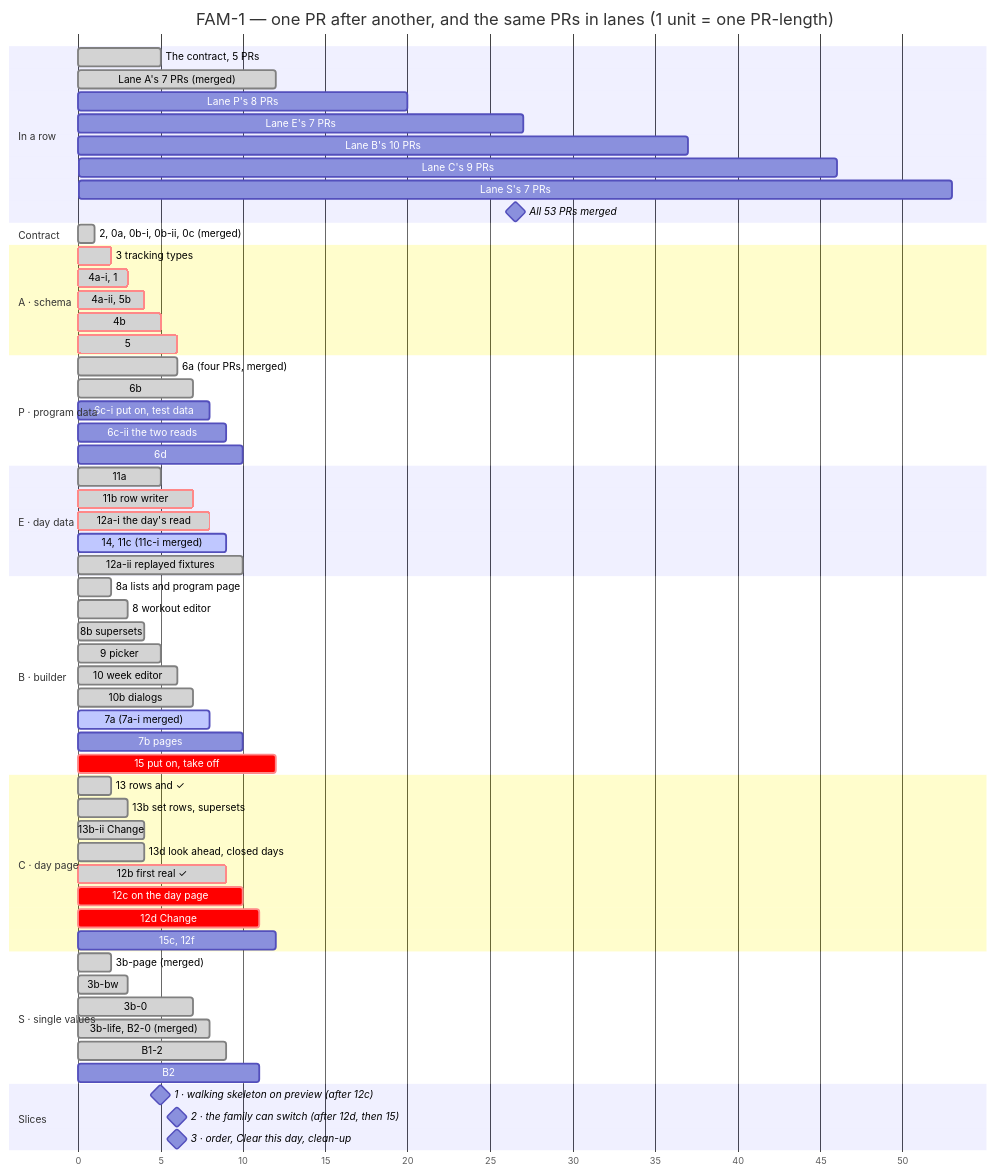
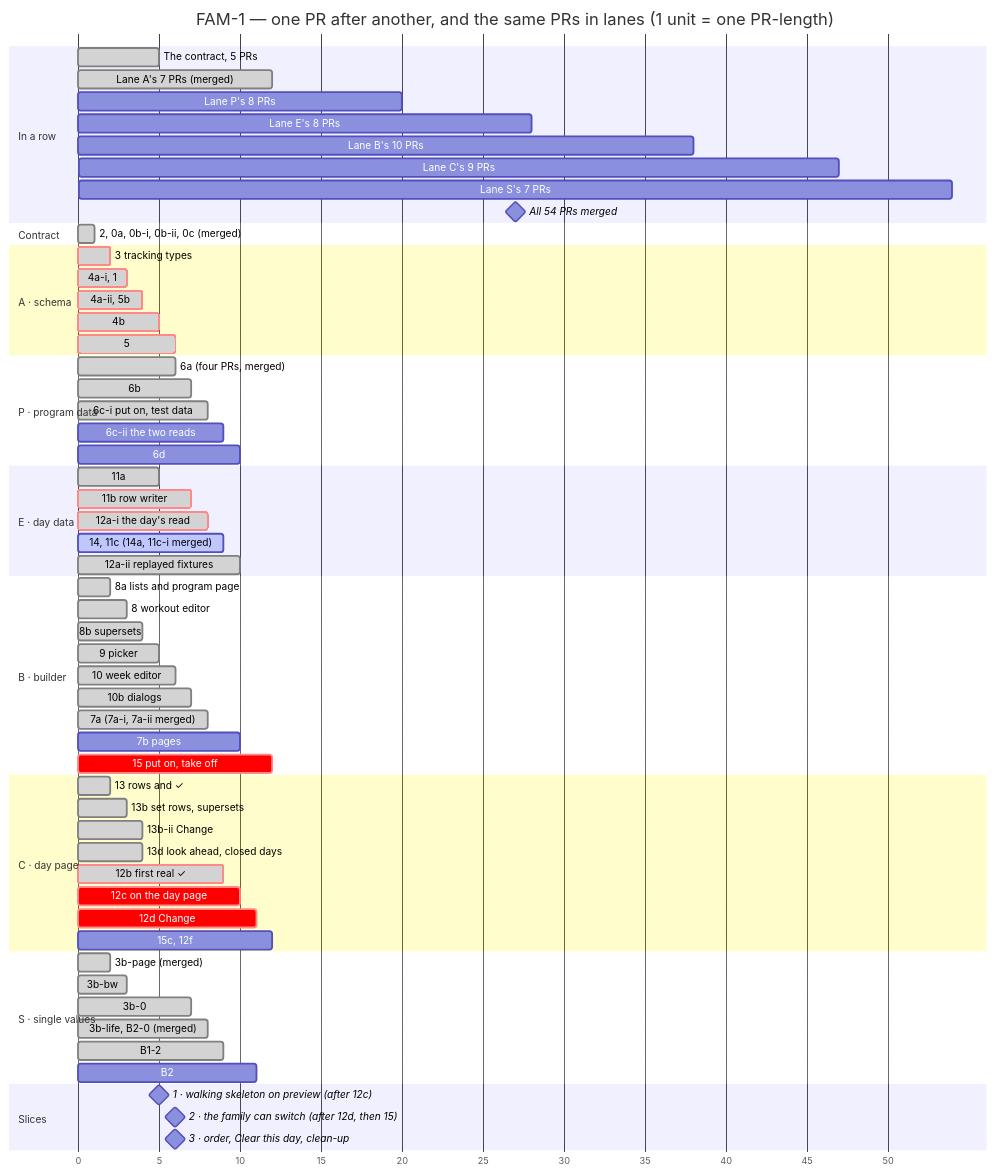
The second of 2 diagrams in docs/milestones/fam-1-family-program.md (ralamode/mat-plan), drawn with Mermaid before and after one commit. The commit also changed other lines of this file and 2 other files, not shown here.

````diff
--- a/docs/milestones/fam-1-family-program.md
+++ b/docs/milestones/fam-1-family-program.md
@@ -260,75 +260,75 @@
 ```mermaid
 gantt
   title FAM-1 — one PR after another, and the same PRs in lanes (1 unit = one PR-length)
   dateFormat X
   axisFormat %s
   todayMarker off
 
   section In a row
   The contract, 5 PRs          :done, r0, 0, 5
   Lane A's 7 PRs (merged)      :done, r1, 5, 12
   Lane P's 8 PRs               :r2, 12, 20
-  Lane E's 7 PRs               :r3, 20, 27
-  Lane B's 10 PRs              :r4, 27, 37
-  Lane C's 9 PRs               :r5, 37, 46
-  Lane S's 7 PRs               :r6, 46, 53
-  All 53 PRs merged            :milestone, rm, 53, 53
+  Lane E's 8 PRs               :r3, 20, 28
+  Lane B's 10 PRs              :r4, 28, 38
+  Lane C's 9 PRs               :r5, 38, 47
+  Lane S's 7 PRs               :r6, 47, 54
+  All 54 PRs merged            :milestone, rm, 54, 54
 
   section Contract
   2, 0a, 0b-i, 0b-ii, 0c (merged) :done, c0, 0, 1
 
   section A · schema
   3 tracking types             :crit, done, a1, 1, 2
   4a-i, 1                      :crit, done, a2, 2, 3
   4a-ii, 5b                    :crit, done, a3, 3, 4
   4b                           :crit, done, a4, 4, 5
   5                            :crit, done, a5, 5, 6
 
   section P · program data
   6a (four PRs, merged)        :done, p1, 5, 6
   6b                           :done, p2, 6, 7
-  6c-i put on, test data       :p3, 7, 8
+  6c-i put on, test data       :done, p3, 7, 8
   6c-ii the two reads          :p3b, 8, 9
   6d                           :p4, 9, 10
 
   section E · day data
   11a                          :done, e1, 4, 5
   11b row writer               :crit, done, e2, 5, 7
   12a-i the day's read         :crit, done, e3, 7, 8
-  14, 11c (11c-i merged)       :active, e4, 8, 9
+  14, 11c (14a, 11c-i merged)  :active, e4, 8, 9
   12a-ii replayed fixtures     :done, e5, 9, 10
 
   section B · builder
   8a lists and program page    :done, b1, 1, 2
   8 workout editor             :done, b2, 2, 3
   8b supersets                 :done, b3, 3, 4
   9 picker                     :done, b4, 4, 5
   10 week editor               :done, b5, 5, 6
   10b dialogs                  :done, b6, 6, 7
-  7a (7a-i merged)             :active, b7, 7, 8
+  7a (7a-i, 7a-ii merged)      :done, b7, 7, 8
   7b pages                     :b8, 9, 10
   15 put on, take off          :crit, b9, 11, 12
 
   section C · day page
   13 rows and ✓                :done, c1, 1, 2
   13b set rows, supersets      :done, c2, 2, 3
   13b-ii Change                :done, c2b, 3, 4
   13d look ahead, closed days  :done, c3, 3, 4
   12b first real ✓             :crit, done, c4, 8, 9
   12c on the day page          :crit, c5, 9, 10
   12d Change                   :crit, c6, 10, 11
   15c, 12f                     :c7, 11, 12
 
   section S · single values
   3b-page (merged)             :done, s1, 1, 2
   3b-bw                        :done, s2, 2, 3
   3b-0                         :done, s3, 6, 7
   3b-life, B2-0 (merged)       :done, s4, 7, 8
   B1-2                         :done, s5, 8, 9
   B2                           :s6, 10, 11
 
   section Slices
   1 · walking skeleton on preview (after 12c) :milestone, m1, 10, 10
   2 · the family can switch (after 12d, then 15) :milestone, m2, 12, 12
   3 · order, Clear this day, clean-up         :milestone, m3, 12, 12
 ```
````
